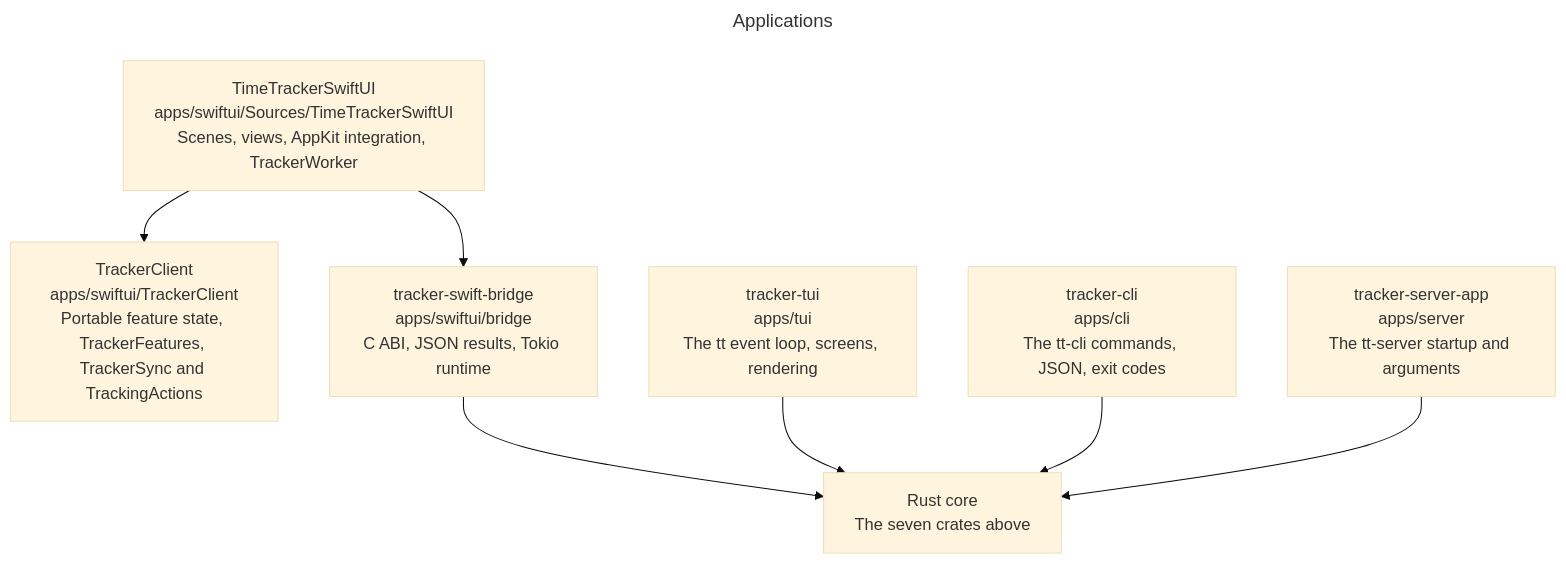
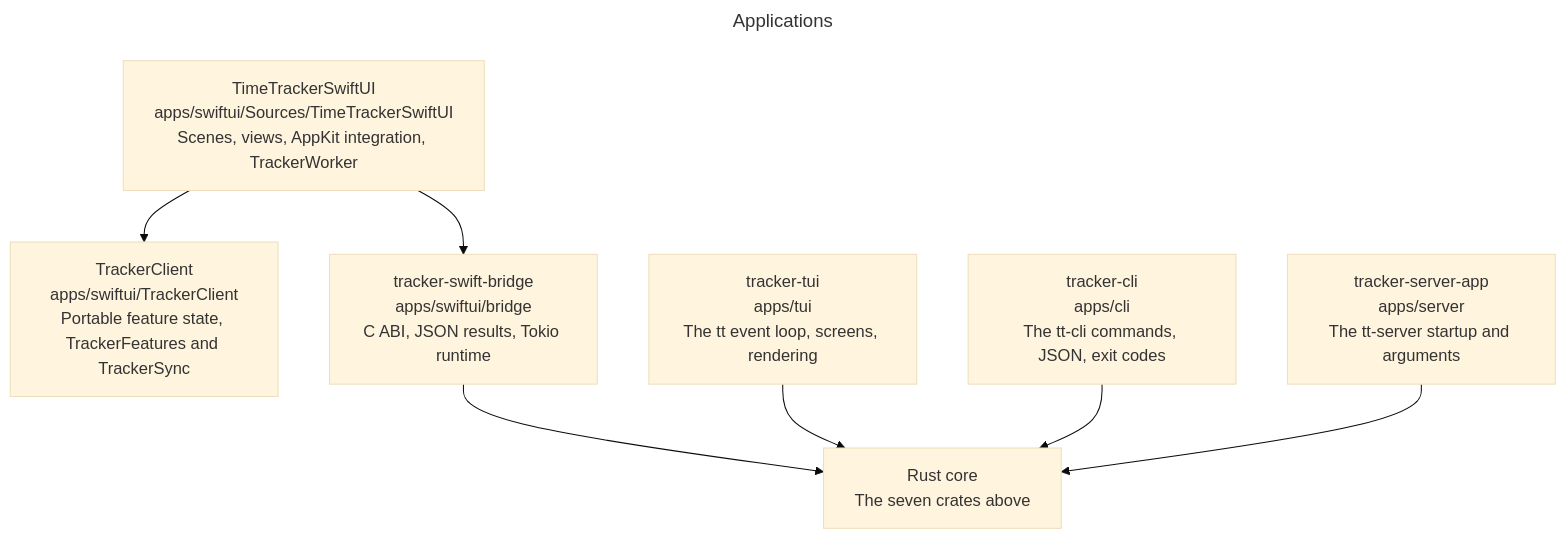
One commit to remshams/time-tracker changed the fourth of 6 diagrams in docs/architecture/architecture.md. Above: the diagram before and after it, drawn with Mermaid (base theme). The commit also changed other lines of this file and 1 other file, not shown here.

Commit message:
docs(Architecture): start and stop tracking on TrackingStore

````diff
--- a/docs/architecture/architecture.md
+++ b/docs/architecture/architecture.md
@@ -133,15 +133,15 @@
 ```mermaid
 ---
 title: Applications
 ---
 flowchart TD
     mac["TimeTrackerSwiftUI<br>apps/swiftui/Sources/TimeTrackerSwiftUI<br>Scenes, views, AppKit integration, TrackerWorker"]:::module
-    package["TrackerClient<br>apps/swiftui/TrackerClient<br>Portable feature state, TrackerFeatures, TrackerSync and TrackingActions"]:::module
+    package["TrackerClient<br>apps/swiftui/TrackerClient<br>Portable feature state, TrackerFeatures and TrackerSync"]:::module
     bridge["tracker-swift-bridge<br>apps/swiftui/bridge<br>C ABI, JSON results, Tokio runtime"]:::module
     tui["tracker-tui<br>apps/tui<br>The tt event loop, screens, rendering"]:::module
     cli["tracker-cli<br>apps/cli<br>The tt-cli commands, JSON, exit codes"]:::module
     serverapp["tracker-server-app<br>apps/server<br>The tt-server startup and arguments"]:::module
     core["Rust core<br>The seven crates above"]:::group
     mac --> package & bridge
     bridge & tui & cli & serverapp --> core
 ```
````
